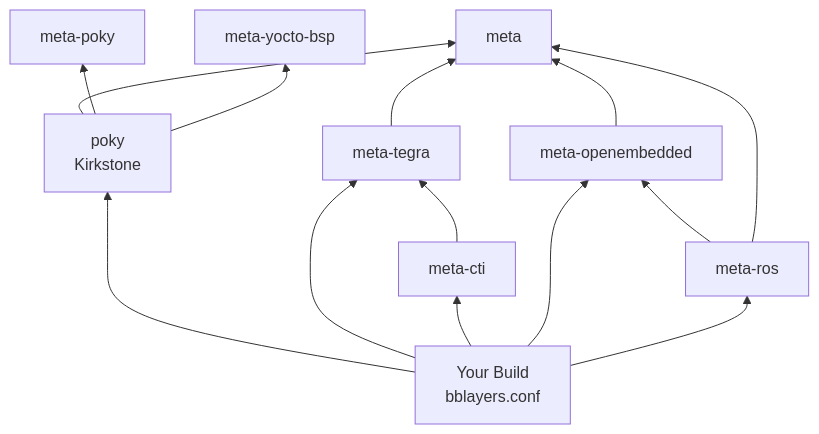
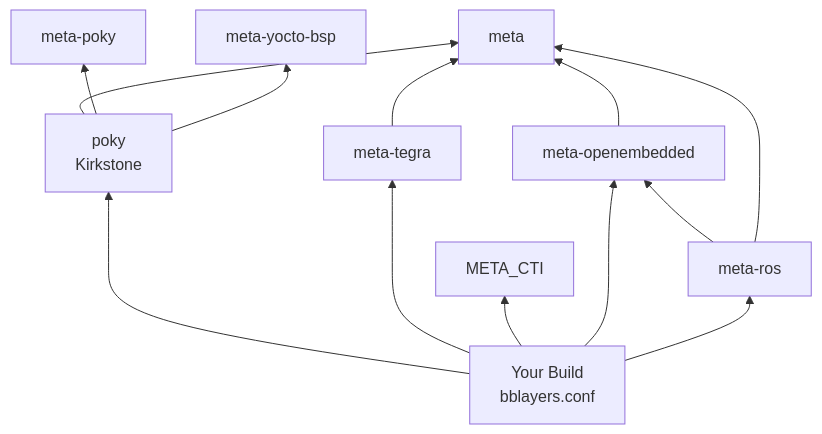
Before and after one commit to ajaymrk95/yocto-project-build-docs: the diagram in docs/phase1/custom-layers-bsp.md, drawn with Mermaid. The commit also changed other lines of this file and 9 other files, not shown here.

Commit message:
Refine Overall Outlines, Update Chart Corrections and Improve Roadmap and Overview Markdowns

````diff
--- a/docs/phase1/custom-layers-bsp.md
+++ b/docs/phase1/custom-layers-bsp.md
@@ -43,18 +43,17 @@
 ```mermaid
 flowchart BT
     POKY["poky\nKirkstone"] --> META["meta"]
     POKY --> META_POKY["meta-poky"]
     POKY --> META_YOCTO["meta-yocto-bsp"]
 
     META_TEGRA["meta-tegra"] --> META
-    META_CTI["meta-cti"] --> META_TEGRA
     META_OE["meta-openembedded"] --> META
     META_ROS["meta-ros"] --> META_OE
     META_ROS --> META
 
     BUILD["Your Build\nbblayers.conf"] --> POKY
     BUILD --> META_TEGRA
     BUILD --> META_CTI
     BUILD --> META_OE
     BUILD --> META_ROS
 ```
````
